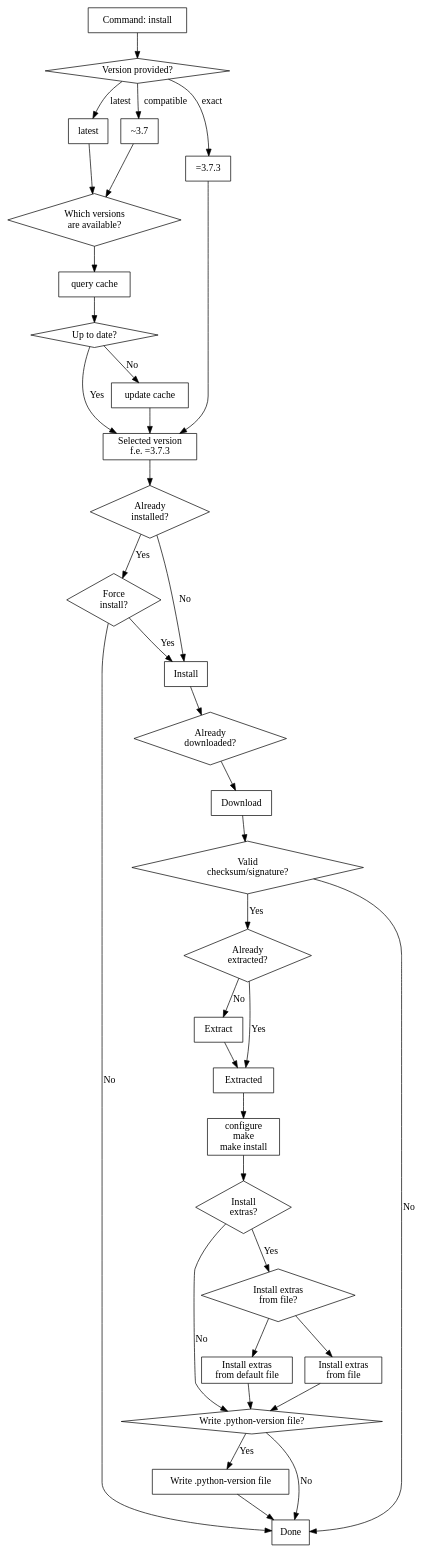
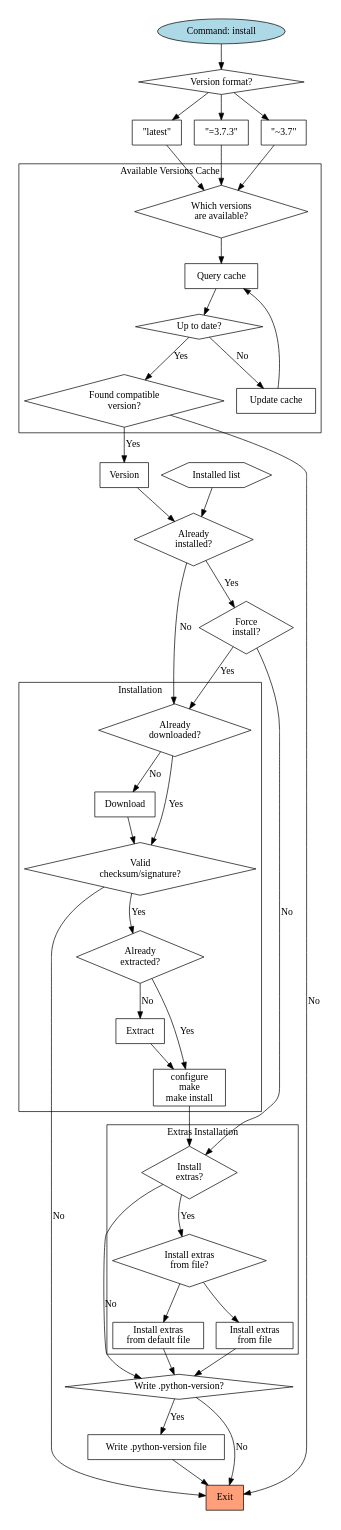
Before and after one commit to nbigaouette/hygeia: the diagram in graphviz/install.dot, drawn with Graphviz.

Commit message:
Refactored install state machine

```diff
--- a/graphviz/install.dot
+++ b/graphviz/install.dot
@@ -1,89 +1,119 @@
-// To generate a PNG version: dot -Tpng install.dot > install.png
-
 digraph install {
     node [shape="rectangle"];
 
-    command_install [label="Command: install"];
+    subgraph cluster_install_commmand {
+        label = "";
+        color = "none";
 
-    decision_parse_version [label="Version provided?", shape="diamond"];
+        command_install [label="Command: install", shape="oval", style="filled", fillcolor="lightblue"];
+        decision_parse_version [label="Version format?", shape="diamond"];
+        version [label = "Version"];
+
+        installed_list [label="Installed list", shape="hexagon"];
+        decision_already_installed [label="Already\ninstalled?", shape="diamond"];
+        decision_force_install [label="Force\ninstall?", shape="diamond"];
+
+        decision_write_version_file [label="Write .python-version?", shape="diamond"];
+        write_version_file [label="Write .python-version file"];
+
+        exit [label="Exit", style="filled", fillcolor="lightsalmon"];
+
+        subgraph cluster_versions {
+            color = "none";
+            label = "";
+            version_latest [label="\"latest\""];
+            version_exact [label="\"=3.7.3\""];
+            version_tilde [label="\"~3.7\""];
+        }
+
+        subgraph cluster_available_cache {
+            label = "Available Versions Cache";
+            shape = "rectangle";
+            color = "black";
+            decision_cache_available_versions [label="Which versions\nare available?", shape="diamond"];
+            cache_query [label="Query cache"];
+            decision_cache_up_to_date [label="Up to date?", shape="diamond"];
+            cache_update [label="Update cache"];
+            cache_find_compatible [label="Found compatible\nversion?", shape="diamond"];
+        }
+
+        subgraph cluster_install {
+            label = "Installation";
+            shape = "rectangle";
+            color = "black";
+            decision_already_downloaded [label="Already\ndownloaded?", shape="diamond"];
+            download [label="Download"];
+            decision_valid_checksum [label="Valid\nchecksum/signature?", shape="diamond"];
+            decision_already_extracted [label="Already\nextracted?", shape="diamond"];
+            extract [label="Extract"];
+            configure_make_make_install [label="configure\nmake\nmake install"];
+        }
+
+        subgraph cluster_extras_install {
+            label = "Extras Installation";
+            shape = "rectangle";
+            color = "black";
+            decision_install_extras [label="Install\nextras?", shape="diamond"];
+            decision_extras_from_file [label="Install extras\nfrom file?", shape="diamond"];
+            extras_from_file [label="Install extras\nfrom file"];
+            extras_from_default [label="Install extras\nfrom default file"];
+        }
+    }
+
+    // ========================================================
+    // Transitions
+
     command_install -> decision_parse_version;
 
-    version_latest [label="latest"];
-    version_exact [label="=3.7.3"];
-    version_tilde [label="~3.7"];
-    decision_parse_version -> version_latest [label="latest"];
-    decision_parse_version -> version_exact [label="exact"];
-    decision_parse_version -> version_tilde [label="compatible"];
+    decision_parse_version -> version_latest;
+    decision_parse_version -> version_exact;
+    decision_parse_version -> version_tilde;
 
-    cache_query [label="query cache"];
-    decision_cache_up_to_date [label="Up to date?", shape="diamond"];
-    cache_update [label="update cache"];
     cache_query -> decision_cache_up_to_date;
-    decision_cache_up_to_date -> version_selected [label="Yes"];
+    decision_cache_up_to_date -> cache_find_compatible [label="Yes"];
     decision_cache_up_to_date -> cache_update [label="No"];
+    cache_update -> cache_query;
 
-    decision_available_versions [label="Which versions\nare available?", shape="diamond"];
-    version_tilde -> decision_available_versions;
-    version_latest -> decision_available_versions;
-    decision_available_versions -> cache_query;
+    version_tilde -> decision_cache_available_versions;
+    version_latest -> decision_cache_available_versions;
+    version_exact -> decision_cache_available_versions;
+    decision_cache_available_versions -> cache_query;
 
-    version_selected [label = "Selected version\nf.e. =3.7.3"];
-    cache_update -> version_selected;
-    version_exact -> version_selected;
+    cache_find_compatible -> version [label="Yes"];
+    cache_find_compatible -> exit [label="No"];
 
-    decision_already_installed [label="Already\ninstalled?", shape="diamond"];
-    version_selected -> decision_already_installed;
+    version -> decision_already_installed;
 
-    decision_force_install [label="Force\ninstall?", shape="diamond"];
+    installed_list  -> decision_already_installed;
+
     decision_already_installed -> decision_force_install [label="Yes"];
-    decision_already_installed -> install [label="No"];
-    install [label="Install"];
-    decision_force_install -> install [label="Yes"];
-    decision_force_install -> done [label="No"];
+    decision_already_installed -> decision_already_downloaded [label="No"];
+    decision_force_install -> decision_already_downloaded [label="Yes"];
+    decision_force_install -> decision_install_extras [label="No"];
 
-    decision_already_downloaded [label="Already\ndownloaded?", shape="diamond"];
-    install -> decision_already_downloaded;
+    decision_already_downloaded -> download [label="No"];
+    decision_already_downloaded -> decision_valid_checksum [label="Yes"];
 
-    download [label="Download"];
-    decision_already_downloaded -> download;
-
-    decision_valid_checksum [label="Valid\nchecksum/signature?", shape="diamond"];
     download -> decision_valid_checksum;
     decision_valid_checksum -> decision_already_extracted [label="Yes"];
-    decision_valid_checksum -> done [label="No"];
+    decision_valid_checksum -> exit [label="No"];
 
-    decision_already_extracted [label="Already\nextracted?", shape="diamond"];
-    decision_already_extracted -> extracted [label="Yes"];
+    decision_already_extracted -> configure_make_make_install [label="Yes"];
     decision_already_extracted -> extract [label="No"];
 
-    extract [label="Extract"];
-    extracted [label="Extracted"];
-    extract -> extracted;
+    extract -> configure_make_make_install;
 
-    configure_make_make_install [label="configure\nmake\nmake install"];
-    extracted -> configure_make_make_install;
-
-    decision_install_extras [label="Install\nextras?", shape="diamond"];
     configure_make_make_install -> decision_install_extras;
     decision_install_extras -> decision_extras_from_file [label="Yes"];
     decision_install_extras -> decision_write_version_file [label="No"];
 
-    decision_extras_from_file [label="Install extras\nfrom file?", shape="diamond"];
     decision_extras_from_file -> extras_from_file;
     decision_extras_from_file -> extras_from_default;
     extras_from_file -> decision_write_version_file;
     extras_from_default -> decision_write_version_file;
 
-    extras_from_file [label="Install extras\nfrom file"];
-    extras_from_default [label="Install extras\nfrom default file"];
+    decision_write_version_file -> write_version_file [label="Yes"];
+    decision_write_version_file -> exit [label="No"];
 
-    decision_write_version_file [label="Write .python-version file?", shape="diamond"];
-    write_version_file [label="Write .python-version file"];
-
-    decision_write_version_file -> write_version_file [label="Yes"];
-    decision_write_version_file -> done [label="No"];
-
-    write_version_file -> done;
-
-    done [label="Done"];
+    write_version_file -> exit;
 }
```
